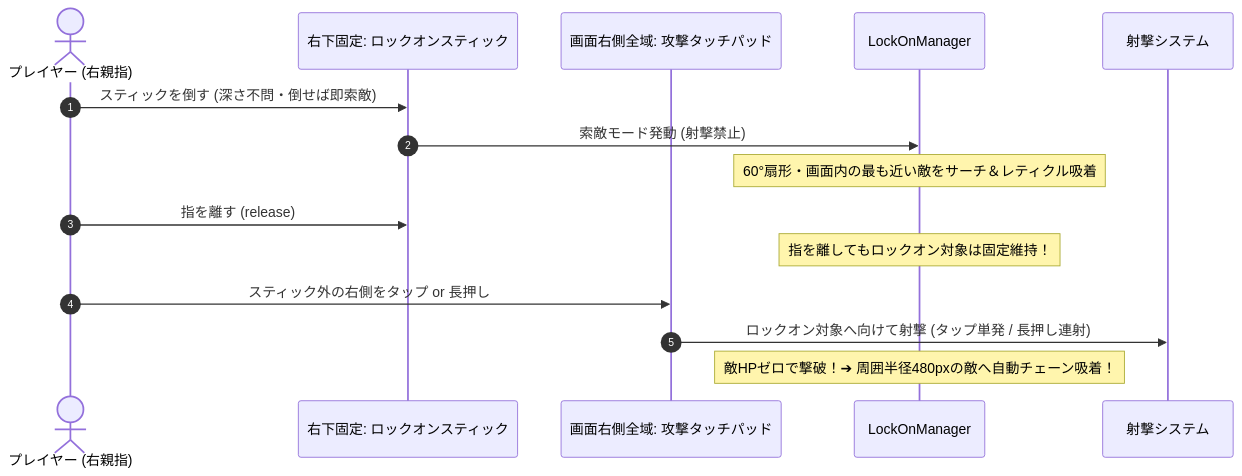
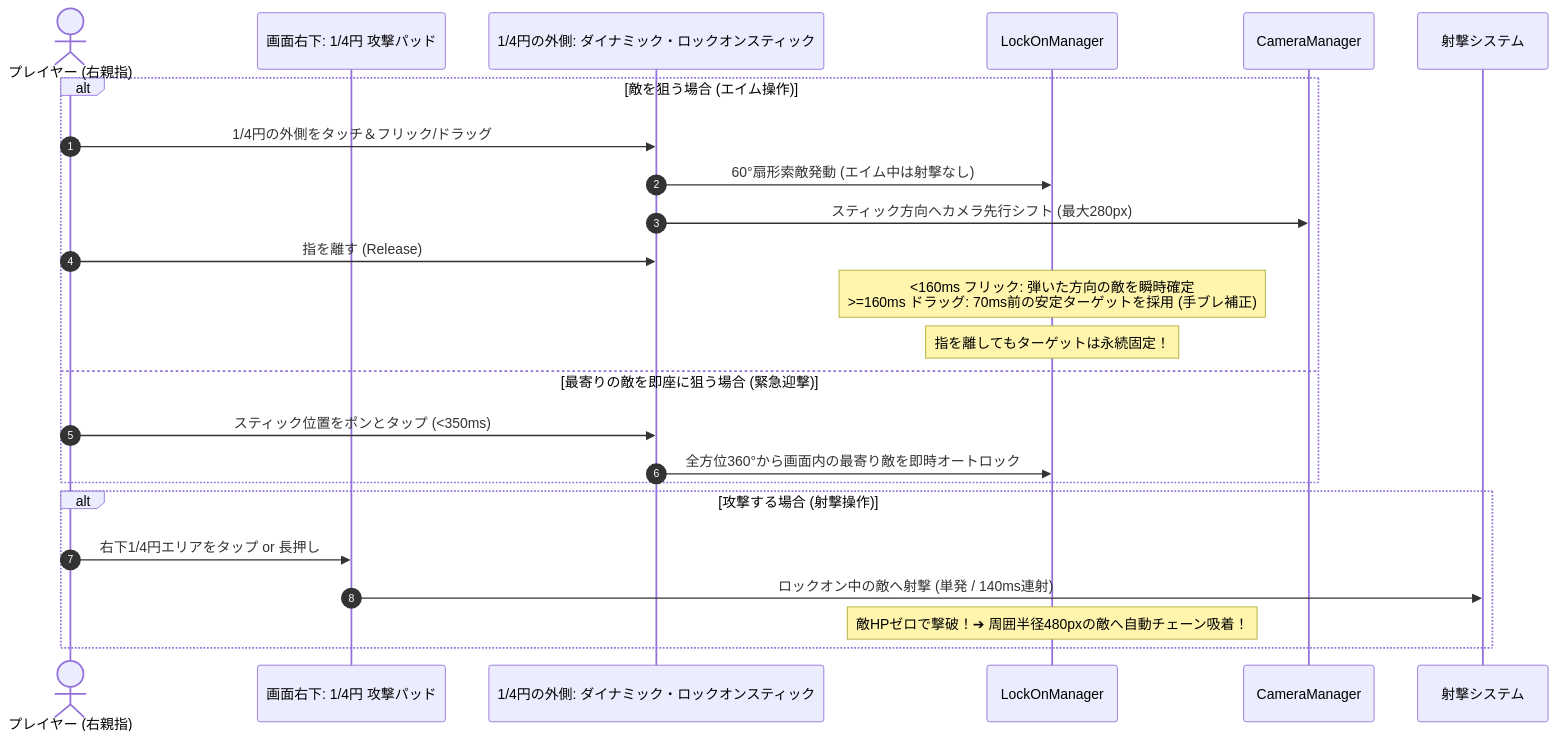
Before and after one commit to 01Taka/my-shooting-game: the diagram in docs/dev-note/06-smart-lock-on-and-tap-shoot.md, drawn with Mermaid. The commit also changed other lines of this file, not shown here.

````diff
--- a/docs/dev-note/06-smart-lock-on-and-tap-shoot.md
+++ b/docs/dev-note/06-smart-lock-on-and-tap-shoot.md
@@ -20,18 +22,28 @@
 ```mermaid
 sequenceDiagram
     autonumber
     actor Player as プレイヤー (右親指)
-    participant LockStick as 右下固定: ロックオンスティック
-    participant Pad as 画面右側全域: 攻撃タッチパッド
+    participant Pad as 画面右下: 1/4円 攻撃パッド
+    participant Stick as 1/4円の外側: ダイナミック・ロックオンスティック
     participant LockOn as LockOnManager
+    participant Cam as CameraManager
     participant Gun as 射撃システム
 
-    Player->>LockStick: スティックを倒す (深さ不問・倒せば即索敵)
-    LockStick->>LockOn: 索敵モード発動 (射撃禁止)
-    Note over LockOn: 60°扇形・画面内の最も近い敵をサーチ＆レティクル吸着
-    Player->>LockStick: 指を離す (release)
-    Note over LockOn: 指を離してもロックオン対象は固定維持！
-    Player->>Pad: スティック外の右側をタップ or 長押し
-    Pad->>Gun: ロックオン対象へ向けて射撃 (タップ単発 / 長押し連射)
-    Note over LockOn: 敵HPゼロで撃破！➔ 周囲半径480pxの敵へ自動チェーン吸着！
+    alt 敵を狙う場合 (エイム操作)
+        Player->>Stick: 1/4円の外側をタッチ＆フリック/ドラッグ
+        Stick->>LockOn: 60°扇形索敵発動 (エイム中は射撃なし)
+        Stick->>Cam: スティック方向へカメラ先行シフト (最大280px)
+        Player->>Stick: 指を離す (Release)
+        Note over LockOn: <160ms フリック: 弾いた方向の敵を瞬時確定<br/>>=160ms ドラッグ: 70ms前の安定ターゲットを採用 (手ブレ補正)
+        Note over LockOn: 指を離してもターゲットは永続固定！
+    else 最寄りの敵を即座に狙う場合 (緊急迎撃)
+        Player->>Stick: スティック位置をポンとタップ (<350ms)
+        Stick->>LockOn: 全方位360°から画面内の最寄り敵を即時オートロック
+    end
+
+    alt 攻撃する場合 (射撃操作)
+        Player->>Pad: 右下1/4円エリアをタップ or 長押し
+        Pad->>Gun: ロックオン中の敵へ射撃 (単発 / 140ms連射)
+        Note over LockOn: 敵HPゼロで撃破！➔ 周囲半径480pxの敵へ自動チェーン吸着！
+    end
 ```
````
